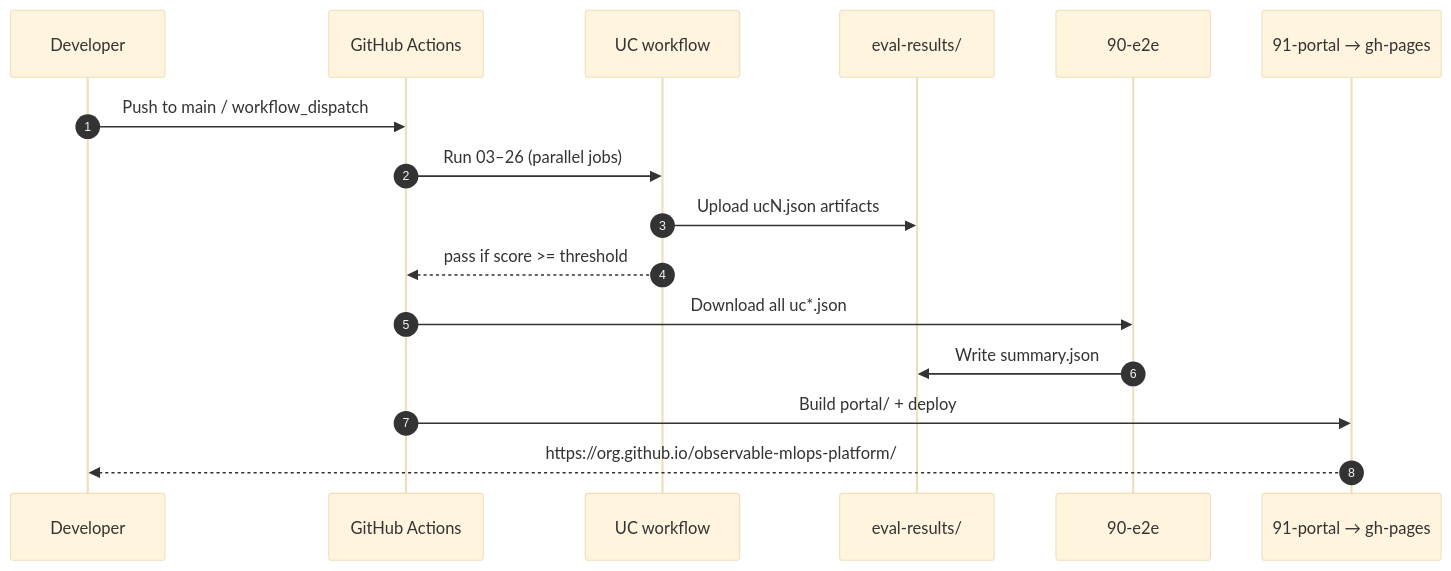
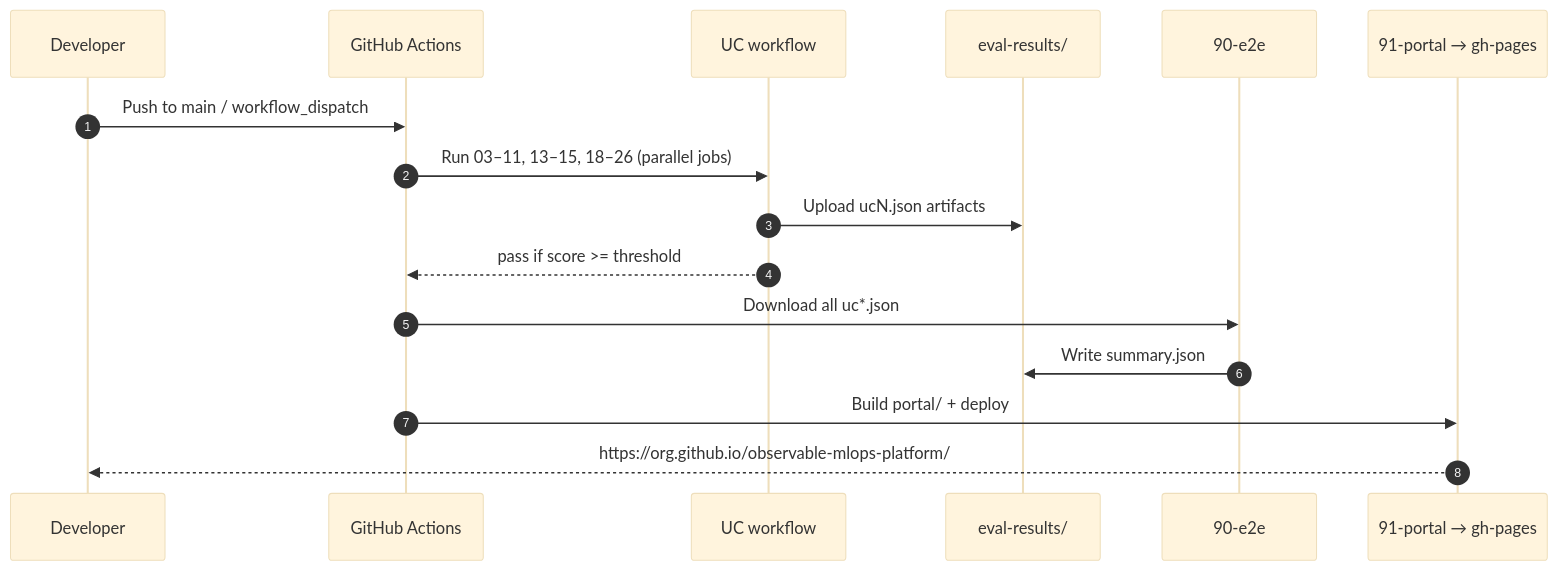
Before and after one commit to sanjeev0120test/observable-mlops-platform: diagram 44 of 55 in README.md, drawn with Mermaid (base theme). The commit also changed other lines of this file, not shown here.

````diff
--- a/README.md
+++ b/README.md
@@ -2603,19 +2607,19 @@
 ```mermaid
 sequenceDiagram
     autonumber
     participant Dev as Developer
     participant GHA as GitHub Actions
     participant UC as UC workflow
     participant Eval as eval-results/
     participant E2E as 90-e2e
     participant Portal as 91-portal → gh-pages
 
     Dev->>GHA: Push to main / workflow_dispatch
-    GHA->>UC: Run 03–26 (parallel jobs)
+    GHA->>UC: Run 03–11, 13–15, 18–26 (parallel jobs)
     UC->>Eval: Upload ucN.json artifacts
     UC-->>GHA: pass if score >= threshold
     GHA->>E2E: Download all uc*.json
     E2E->>Eval: Write summary.json
     GHA->>Portal: Build portal/ + deploy
     Portal-->>Dev: https://org.github.io/observable-mlops-platform/
 ```
````
